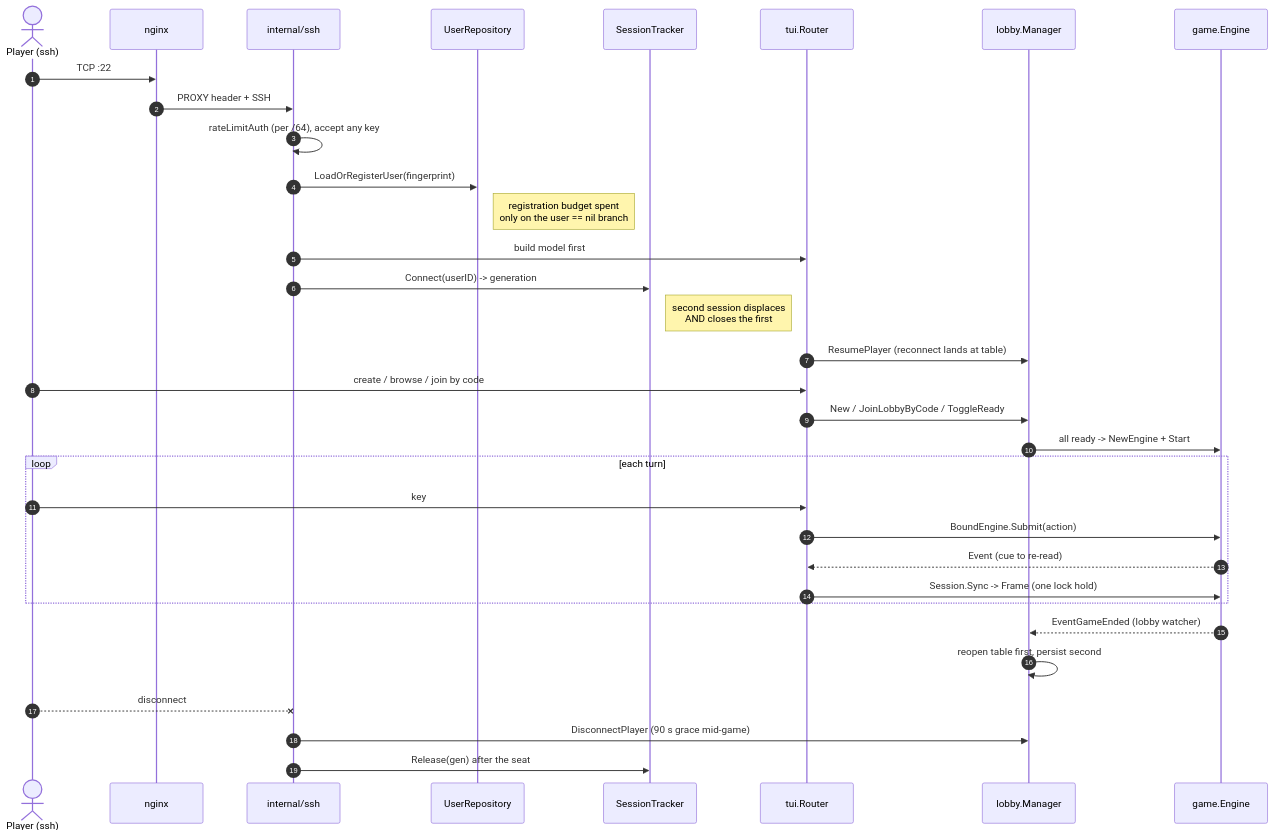
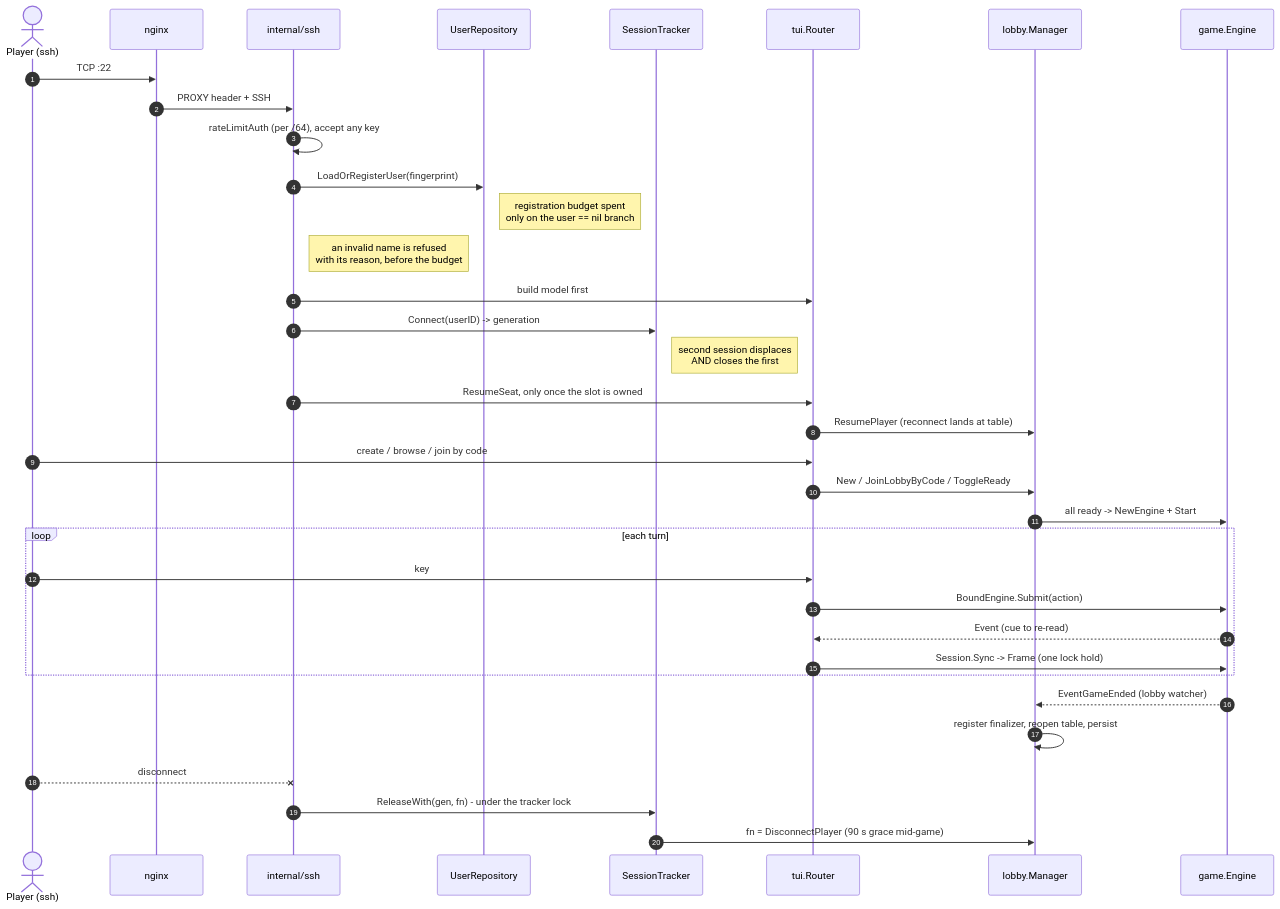
The fourth of 11 diagrams in docs/codebase-map.md (Pieczasz/terminal-card), drawn with Mermaid before and after one commit. The commit also changed other lines of this file, not shown here.

Commit message:
docs(codebase-map): refresh counts, flows, the BoundEngine and Session shapes and the lock order

````diff
--- a/docs/codebase-map.md
+++ b/docs/codebase-map.md
@@ -166,36 +172,38 @@
 ```mermaid
 sequenceDiagram
     autonumber
     actor P as Player (ssh)
     participant N as nginx
     participant S as internal/ssh
     participant R as UserRepository
     participant T as SessionTracker
     participant TUI as tui.Router
     participant M as lobby.Manager
     participant E as game.Engine
 
     P->>N: TCP :22
     N->>S: PROXY header + SSH
     S->>S: rateLimitAuth (per /64), accept any key
     S->>R: LoadOrRegisterUser(fingerprint)
     Note right of R: registration budget spent<br/>only on the user == nil branch
+    Note right of S: an invalid name is refused<br/>with its reason, before the budget
     S->>TUI: build model first
     S->>T: Connect(userID) -> generation
     Note right of T: second session displaces<br/>AND closes the first
+    S->>TUI: ResumeSeat, only once the slot is owned
     TUI->>M: ResumePlayer (reconnect lands at table)
     P->>TUI: create / browse / join by code
     TUI->>M: New / JoinLobbyByCode / ToggleReady
     M->>E: all ready -> NewEngine + Start
     loop each turn
         P->>TUI: key
         TUI->>E: BoundEngine.Submit(action)
         E-->>TUI: Event (cue to re-read)
         TUI->>E: Session.Sync -> Frame (one lock hold)
     end
     E-->>M: EventGameEnded (lobby watcher)
-    M->>M: reopen table first, persist second
+    M->>M: register finalizer, reopen table, persist
     P--xS: disconnect
-    S->>M: DisconnectPlayer (90 s grace mid-game)
-    S->>T: Release(gen) after the seat
+    S->>T: ReleaseWith(gen, fn) - under the tracker lock
+    T->>M: fn = DisconnectPlayer (90 s grace mid-game)
 ```
````
